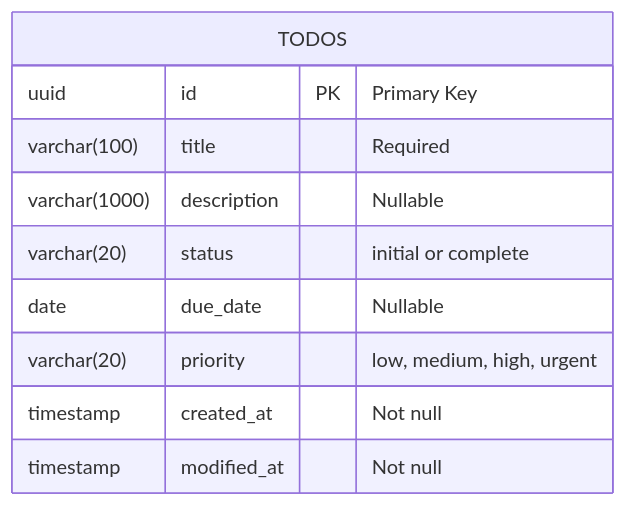
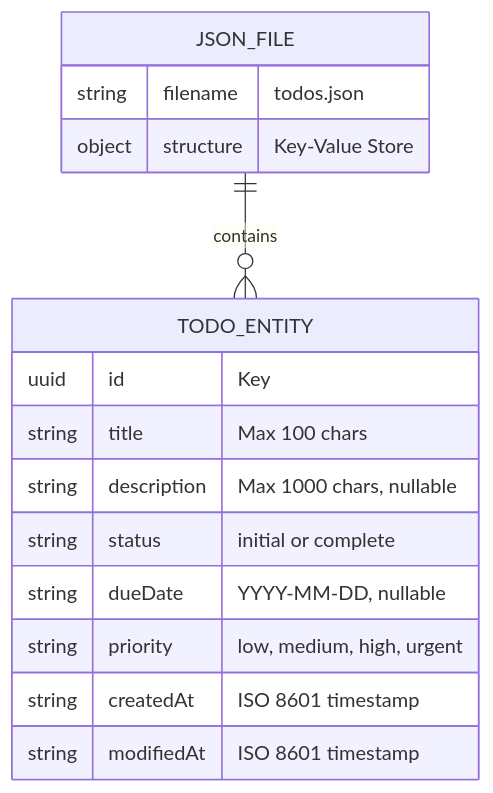
Before and after one commit to midearth-labs/web-agent-protocol: the fourth of 11 diagrams in todo-app/docs/design/hld.md, drawn with Mermaid. The commit also changed other lines of this file and 5 other files, not shown here.

````diff
--- a/todo-app/docs/design/hld.md
+++ b/todo-app/docs/design/hld.md
@@ -271,13 +274,18 @@
 ```mermaid
 erDiagram
-    TODOS {
-        uuid id PK "Primary Key"
-        varchar(100) title "Required"
-        varchar(1000) description "Nullable"
-        varchar(20) status "initial or complete"
-        date due_date "Nullable"
-        varchar(20) priority "low, medium, high, urgent"
-        timestamp created_at "Not null"
-        timestamp modified_at "Not null"
+    JSON_FILE {
+        string filename "todos.json"
+        object structure "Key-Value Store"
     }
+    TODO_ENTITY {
+        uuid id "Key"
+        string title "Max 100 chars"
+        string description "Max 1000 chars, nullable"
+        string status "initial or complete"
+        string dueDate "YYYY-MM-DD, nullable"
+        string priority "low, medium, high, urgent"
+        string createdAt "ISO 8601 timestamp"
+        string modifiedAt "ISO 8601 timestamp"
+    }
+    JSON_FILE ||--o{ TODO_ENTITY : contains
 ```
````
